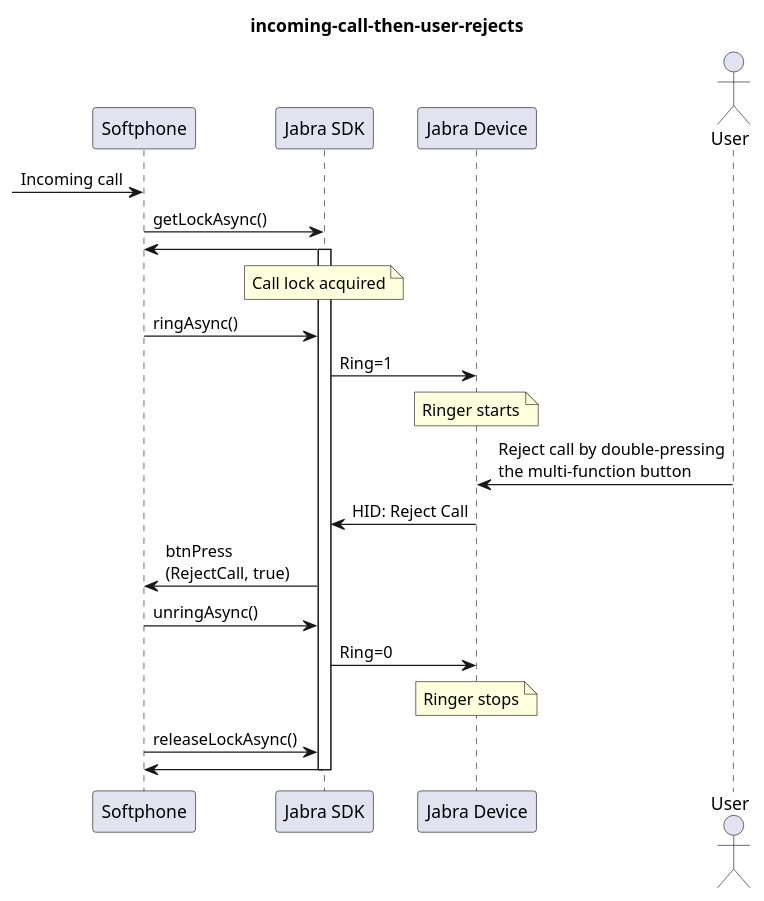
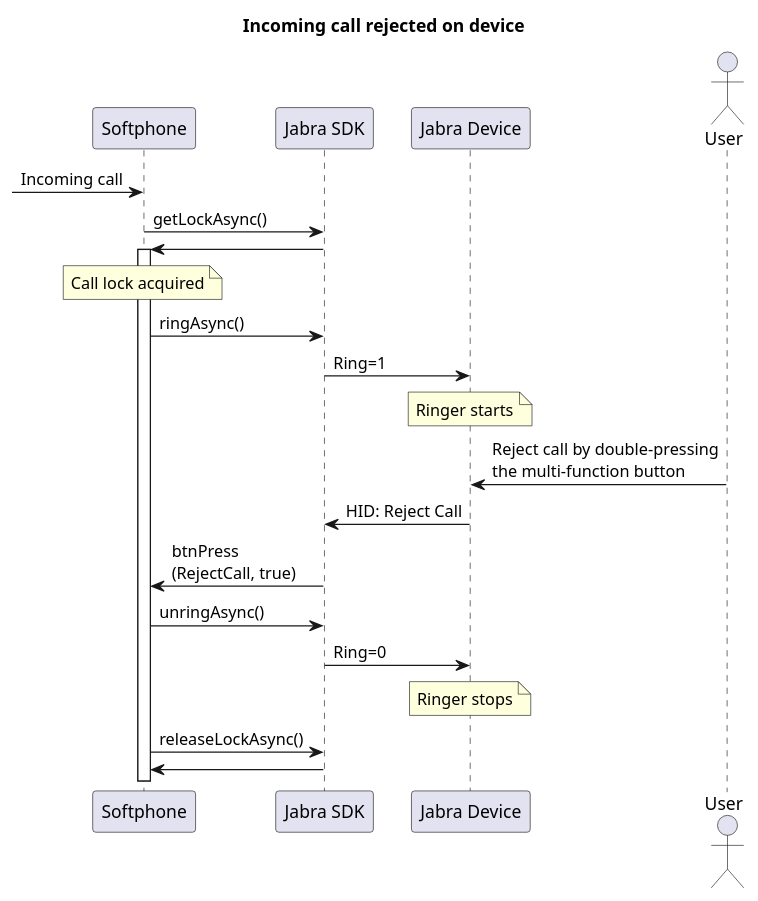
The third of 5 diagrams in nodesdk/docs/diagrams.puml (gnaudio/jabra-node-sdk), drawn with PlantUML before and after one commit. The commit also changed other lines of this file and 11 other files, not shown here.

Commit message:
Updated diagrams

```diff
--- a/nodesdk/docs/diagrams.puml
+++ b/nodesdk/docs/diagrams.puml
@@ -52,24 +61,24 @@
 @startuml
-    title incoming-call-then-user-rejects
+    title Incoming call rejected on device
     participant "Softphone" as phone
     participant "Jabra SDK" as sdk
     participant "Jabra Device" as device
     Actor User as user
     -> phone: Incoming call
 	phone -> sdk: getLockAsync()
 	sdk -> phone:
-	Activate sdk
-    Note over sdk: Call lock acquired
+	Activate phone
+    Note over phone: Call lock acquired
     phone -> sdk: ringAsync()
     sdk -> device: Ring=1
     Note over device: Ringer starts
     user -> device: Reject call by double-pressing\nthe multi-function button
     device -> sdk: HID: Reject Call
     sdk -> phone: btnPress\n(RejectCall, true)
     phone -> sdk: unringAsync()
     sdk -> device: Ring=0
     Note over device: Ringer stops
 	phone -> sdk: releaseLockAsync()
 	sdk -> phone:
 	Deactivate sdk
 @enduml
```
